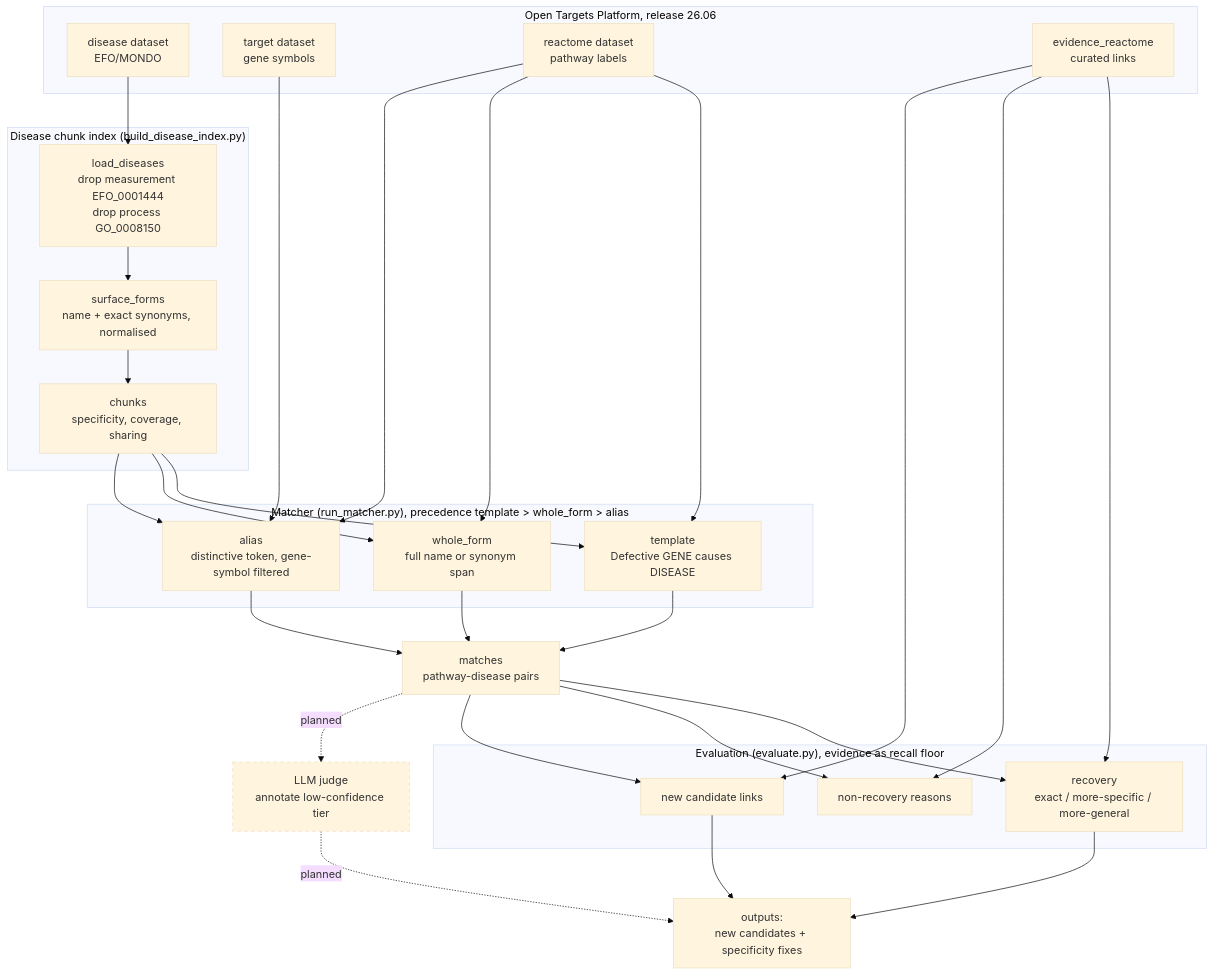
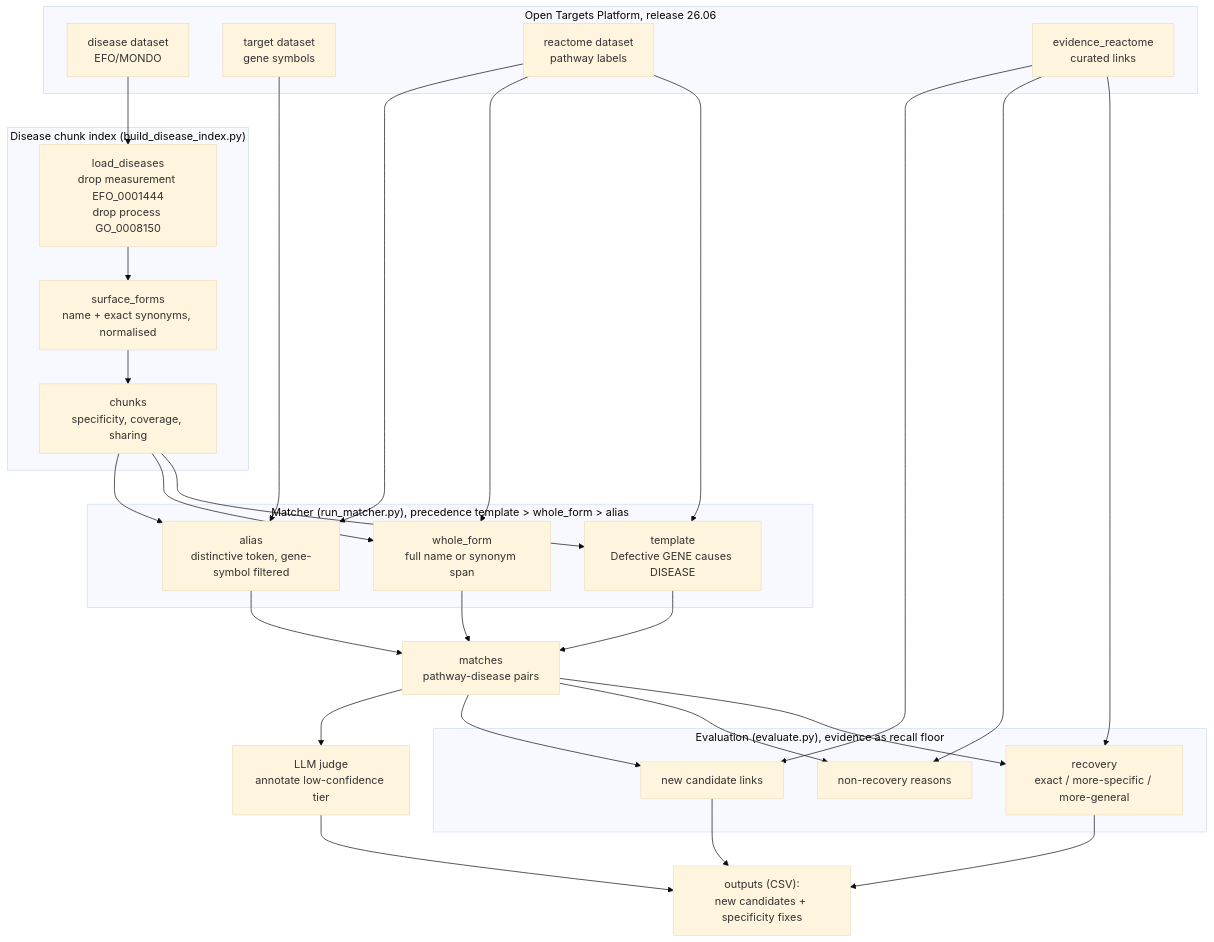
One commit to polrus/disPathCuration changed the diagram in README.md. Above: the diagram before and after it, drawn with Mermaid (base theme). The commit also changed other lines of this file and 6 other files, not shown here.

First line of the commit message:
Add LLM judge and CSV outputs

````diff
--- a/README.md
+++ b/README.md
@@ -34,53 +34,50 @@
 ```mermaid
 flowchart TD
     subgraph inputs["Open Targets Platform, release 26.06"]
         DIS["disease dataset<br/>EFO/MONDO"]
         TGT["target dataset<br/>gene symbols"]
         RXL["reactome dataset<br/>pathway labels"]
         EVR["evidence_reactome<br/>curated links"]
     end
 
     subgraph index["Disease chunk index (build_disease_index.py)"]
         LD["load_diseases<br/>drop measurement EFO_0001444<br/>drop process GO_0008150"]
         SF["surface_forms<br/>name + exact synonyms, normalised"]
         CH["chunks<br/>specificity, coverage, sharing"]
         LD --> SF --> CH
     end
     DIS --> LD
 
     subgraph matcher["Matcher (run_matcher.py), precedence template &gt; whole_form &gt; alias"]
         T["template<br/>Defective GENE causes DISEASE"]
         W["whole_form<br/>full name or synonym span"]
         A["alias<br/>distinctive token, gene-symbol filtered"]
     end
     CH --> T
     CH --> W
     CH --> A
     TGT --> A
     RXL --> T
     RXL --> W
     RXL --> A
     T --> M["matches<br/>pathway-disease pairs"]
     W --> M
     A --> M
 
     subgraph eval["Evaluation (evaluate.py), evidence as recall floor"]
         R["recovery<br/>exact / more-specific / more-general"]
         NR["non-recovery reasons"]
         NV["new candidate links"]
     end
     M --> R
     M --> NR
     M --> NV
     EVR --> R
     EVR --> NR
     EVR --> NV
 
-    M -. planned .-> J["LLM judge<br/>annotate low-confidence tier"]
-    R --> OUT["outputs:<br/>new candidates + specificity fixes"]
+    M --> J["LLM judge<br/>annotate low-confidence tier"]
+    J --> OUT["outputs (CSV):<br/>new candidates + specificity fixes"]
     NV --> OUT
-    J -. planned .-> OUT
-
-    classDef plan stroke-dasharray:5 5;
-    class J plan;
+    R --> OUT
 ```
````
